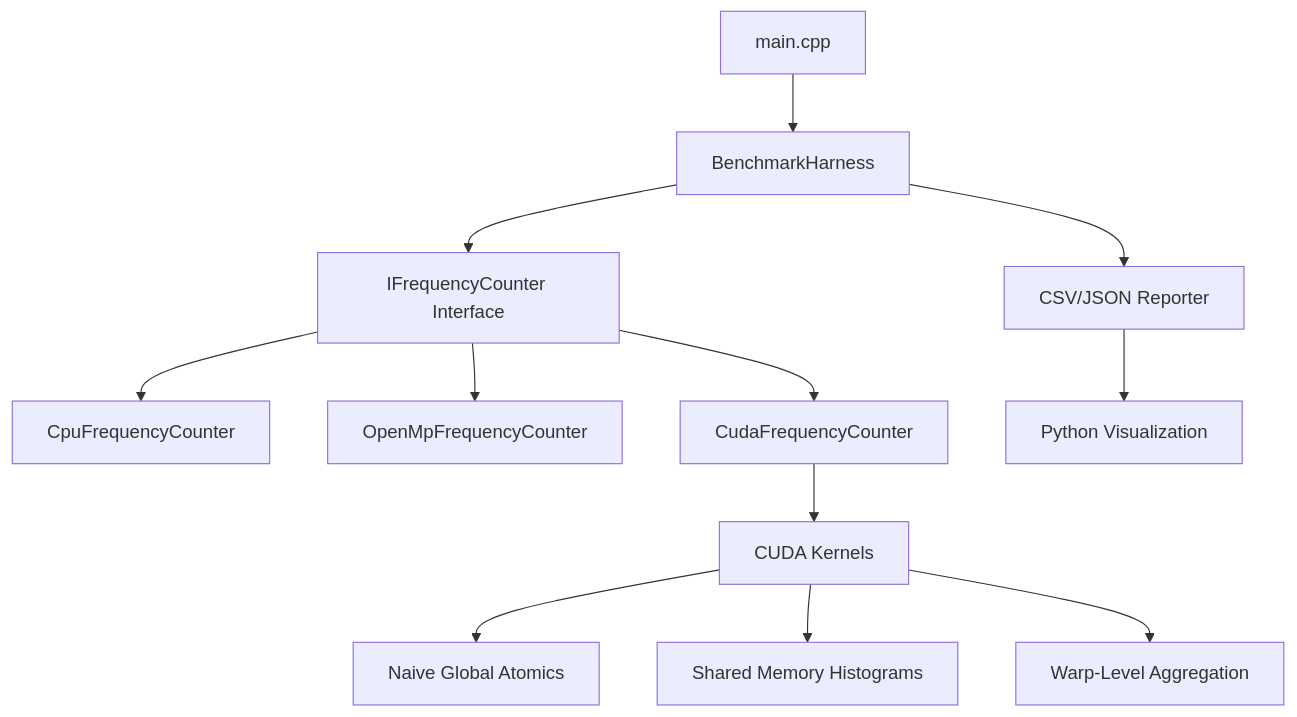
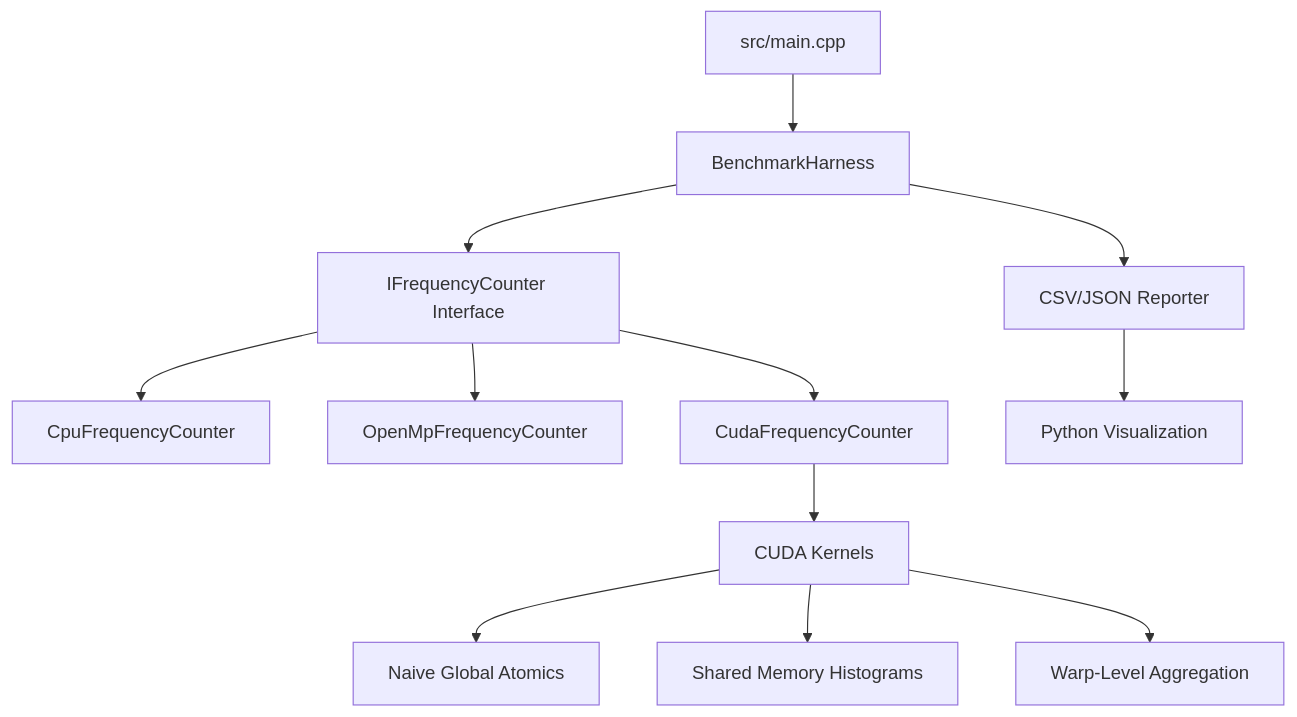
The diagram in README.md (Ganesh-403/GPU-huffman), drawn with Mermaid before and after one commit. The commit also changed other lines of this file and 22 other files, not shown here.

````diff
--- a/README.md
+++ b/README.md
@@ -23,14 +23,14 @@
 ```mermaid
 graph TD
-    A[main.cpp] --> B[BenchmarkHarness]
+    A[src/main.cpp] --> B[BenchmarkHarness]
     B --> C[IFrequencyCounter Interface]
     C --> D[CpuFrequencyCounter]
     C --> E[OpenMpFrequencyCounter]
     C --> F[CudaFrequencyCounter]
     F --> G[CUDA Kernels]
     G --> G1[Naive Global Atomics]
     G --> G2[Shared Memory Histograms]
     G --> G3[Warp-Level Aggregation]
     B --> H[CSV/JSON Reporter]
     H --> I[Python Visualization]
 ```
````
